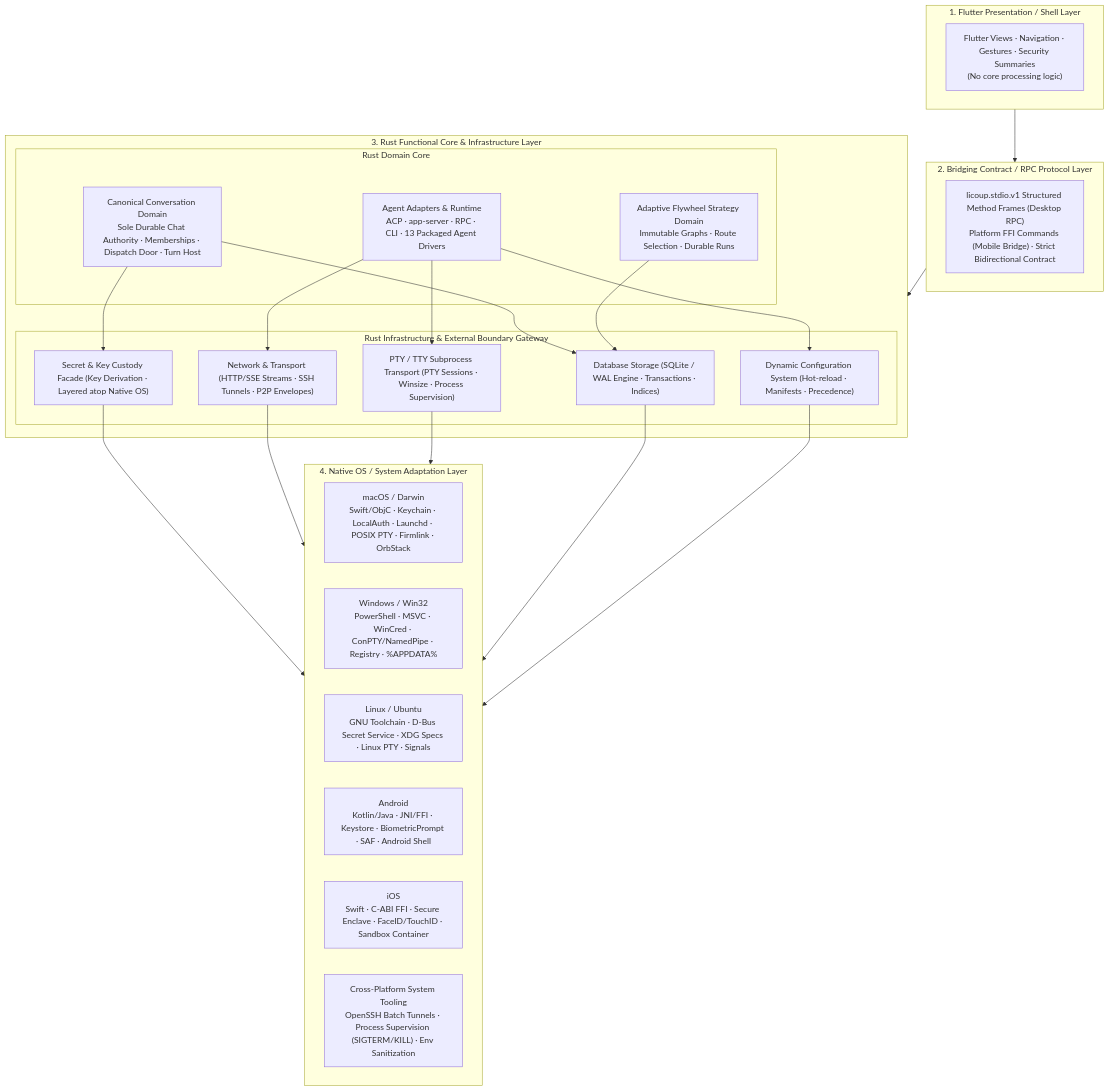
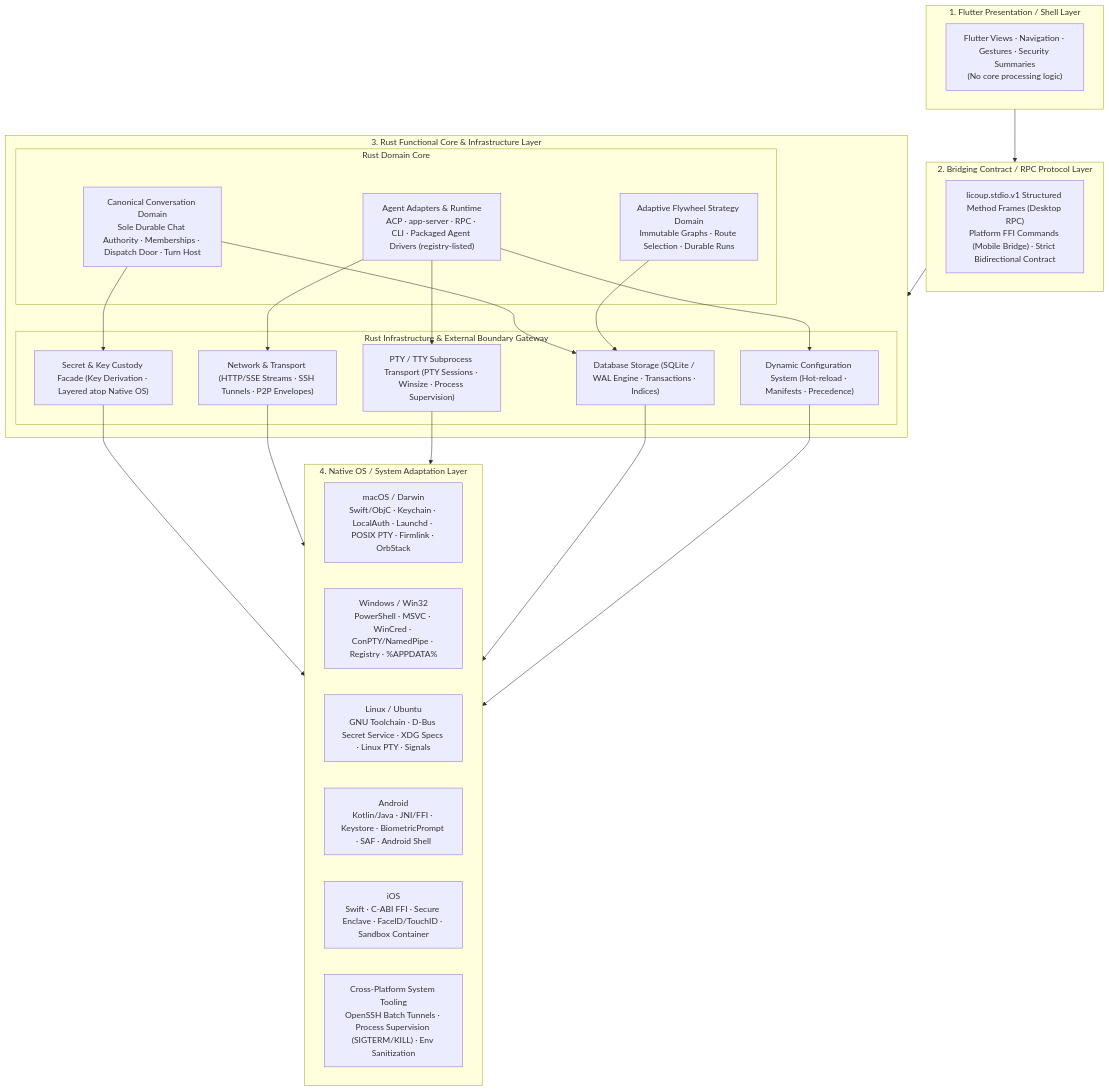
The diagram in docs/architecture/README.md (LicoLand/LicoUp), drawn with Mermaid before and after one commit. The commit also changed other lines of this file and 40 other files, not shown here.

````diff
--- a/docs/architecture/README.md
+++ b/docs/architecture/README.md
@@ -51,50 +51,50 @@
 ```mermaid
 flowchart TB
     subgraph LAYER1["1. Flutter Presentation / Shell Layer"]
         UI["Flutter Views · Navigation · Gestures · Security Summaries<br/>(No core processing logic)"]
     end
 
     subgraph LAYER2["2. Bridging Contract / RPC Protocol Layer"]
         BRIDGE["licoup.stdio.v1 Structured Method Frames (Desktop RPC)<br/>Platform FFI Commands (Mobile Bridge) · Strict Bidirectional Contract"]
     end
 
     subgraph LAYER3["3. Rust Functional Core & Infrastructure Layer"]
         subgraph DOMAIN_BOX["Rust Domain Core"]
             CONVERSATIONS["Canonical Conversation Domain<br/>Sole Durable Chat Authority · Memberships · Dispatch Door · Turn Host"]
             STRATEGIES["Adaptive Flywheel Strategy Domain<br/>Immutable Graphs · Route Selection · Durable Runs"]
-            AGENTS["Agent Adapters & Runtime<br/>ACP · app-server · RPC · CLI · 13 Packaged Agent Drivers"]
+            AGENTS["Agent Adapters & Runtime<br/>ACP · app-server · RPC · CLI · Packaged Agent Drivers (registry-listed)"]
         end
 
         subgraph INFRA_BOX["Rust Infrastructure & External Boundary Gateway"]
             DB_STORAGE["Database Storage (SQLite / WAL Engine · Transactions · Indices)"]
             DYNAMIC_CONFIG["Dynamic Configuration System (Hot-reload · Manifests · Precedence)"]
             SECRET_CUSTODY["Secret & Key Custody Facade (Key Derivation · Layered atop Native OS)"]
             NET_TRANSPORT["Network & Transport (HTTP/SSE Streams · SSH Tunnels · P2P Envelopes)"]
             PTY_TRANSPORT["PTY / TTY Subprocess Transport (PTY Sessions · Winsize · Process Supervision)"]
         end
 
         CONVERSATIONS --> DB_STORAGE
         STRATEGIES --> DB_STORAGE
         AGENTS --> NET_TRANSPORT
         AGENTS --> PTY_TRANSPORT
         CONVERSATIONS --> SECRET_CUSTODY
         AGENTS --> DYNAMIC_CONFIG
     end
 
     subgraph LAYER4["4. Native OS / System Adaptation Layer"]
         MACOS["macOS / Darwin<br/>Swift/ObjC · Keychain · LocalAuth · Launchd · POSIX PTY · Firmlink · OrbStack"]
         WINDOWS["Windows / Win32<br/>PowerShell · MSVC · WinCred · ConPTY/NamedPipe · Registry · %APPDATA%"]
         LINUX["Linux / Ubuntu<br/>GNU Toolchain · D-Bus Secret Service · XDG Specs · Linux PTY · Signals"]
         ANDROID["Android<br/>Kotlin/Java · JNI/FFI · Keystore · BiometricPrompt · SAF · Android Shell"]
         IOS["iOS<br/>Swift · C-ABI FFI · Secure Enclave · FaceID/TouchID · Sandbox Container"]
         COMMON_OS["Cross-Platform System Tooling<br/>OpenSSH Batch Tunnels · Process Supervision (SIGTERM/KILL) · Env Sanitization"]
     end
 
     LAYER1 --> LAYER2
     LAYER2 --> LAYER3
     SECRET_CUSTODY --> LAYER4
     NET_TRANSPORT --> LAYER4
     PTY_TRANSPORT --> LAYER4
     DB_STORAGE --> LAYER4
     DYNAMIC_CONFIG --> LAYER4
 ```
````
